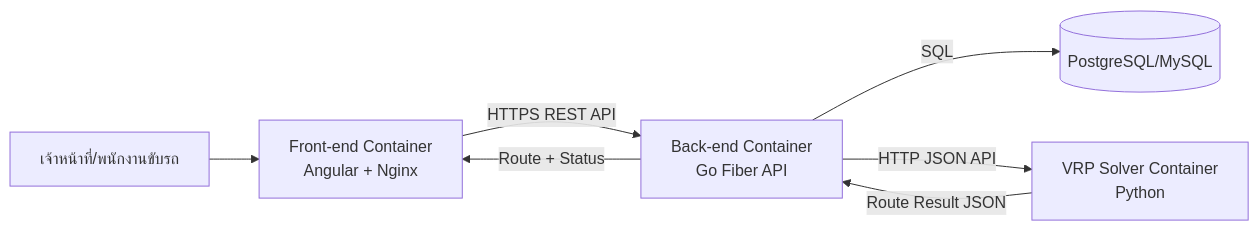
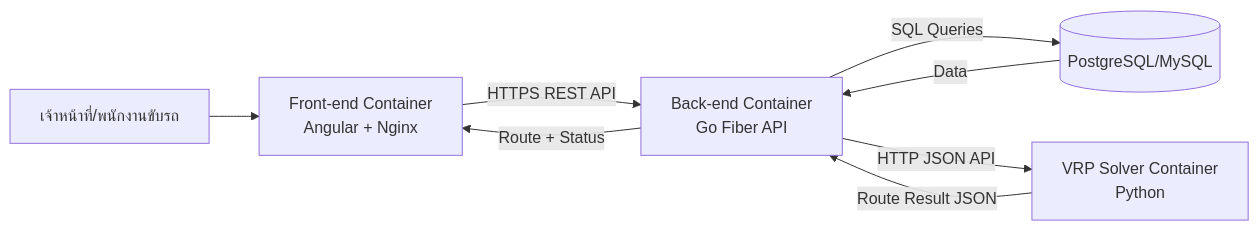
One commit to sinthob/Waste-Route-Portfolio changed the diagram in README.md. Above: the diagram before and after it, drawn with Mermaid. The commit also changed other lines of this file, not shown here.

````diff
--- a/README.md
+++ b/README.md
@@ -38,9 +120,10 @@
 ```mermaid
 flowchart LR
 		U[เจ้าหน้าที่/พนักงานขับรถ] --> FE[Front-end Container<br/>Angular + Nginx]
 		FE -->|HTTPS REST API| BE[Back-end Container<br/>Go Fiber API]
-		BE -->|SQL| DB[(PostgreSQL/MySQL)]
+		BE -->|SQL Queries| DB[(PostgreSQL/MySQL)]
+    DB -->|Data| BE
 		BE -->|HTTP JSON API| VRP[VRP Solver Container<br/>Python]
 		VRP -->|Route Result JSON| BE
 		BE -->|Route + Status| FE
 ```
````
